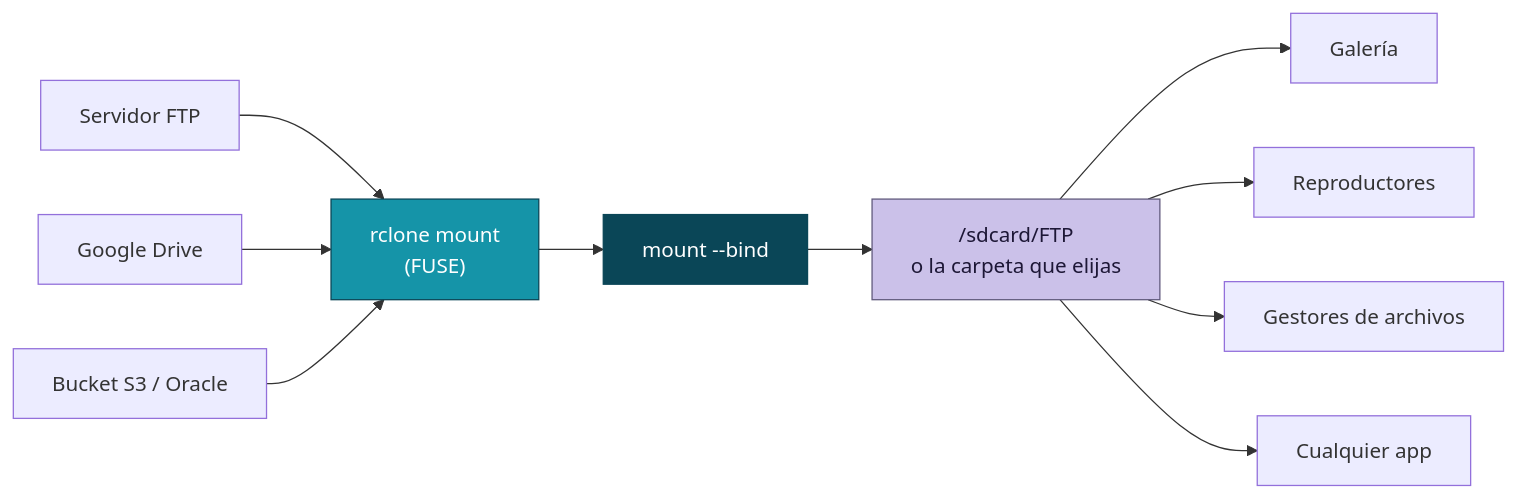
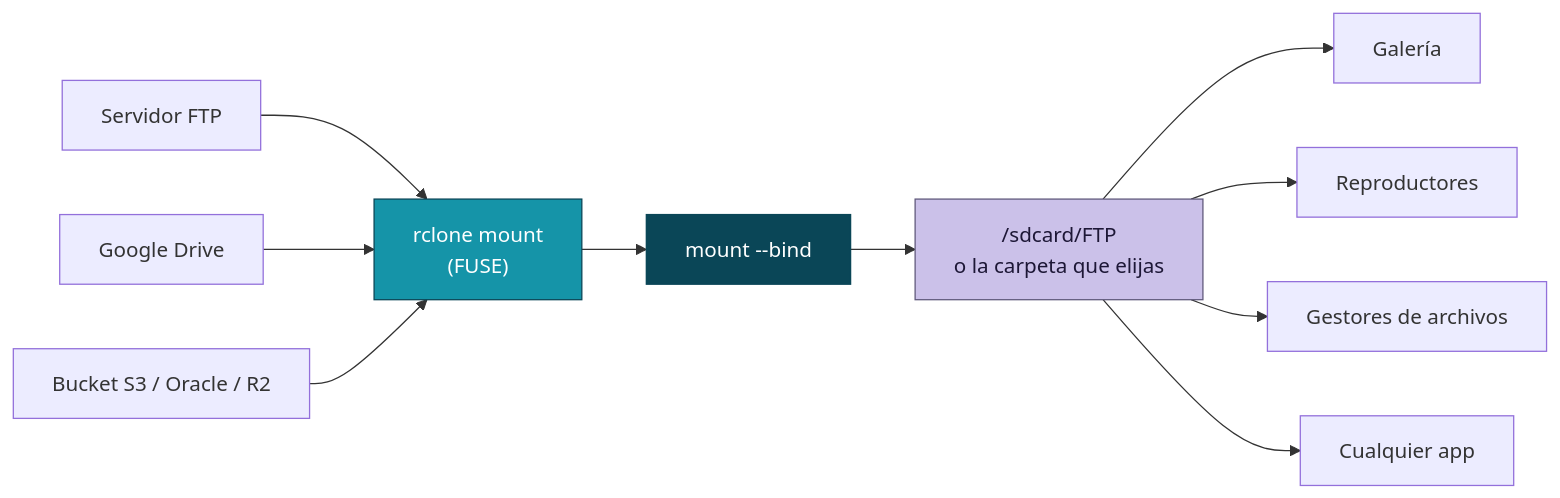
The first of 2 diagrams in README.md (jpmorales9038-ai/ftp_bind_project), drawn with Mermaid before and after one commit. The commit also changed other lines of this file and 11 other files, not shown here.

````diff
--- a/README.md
+++ b/README.md
@@ -28,16 +28,16 @@
 ```mermaid
 flowchart LR
     A["Servidor FTP"] --> R
     B["Google Drive"] --> R
-    S["Bucket S3 / Oracle"] --> R
+    S["Bucket S3 / Oracle / R2"] --> R
     R["rclone mount<br/>(FUSE)"] --> M["mount --bind"]
     M --> C["/sdcard/FTP<br/>o la carpeta que elijas"]
     C --> D["Galería"]
     C --> E["Reproductores"]
     C --> F["Gestores de archivos"]
     C --> G["Cualquier app"]
 
     style R fill:#1594A8,color:#fff,stroke:#0A4657
     style M fill:#0A4657,color:#fff,stroke:#0A4657
     style C fill:#CBC1E9,color:#1D1736,stroke:#615A7D
 ```
````
